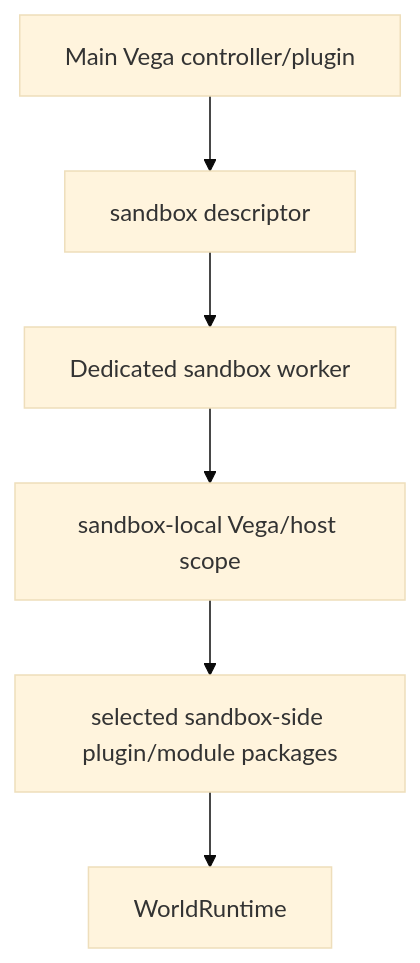
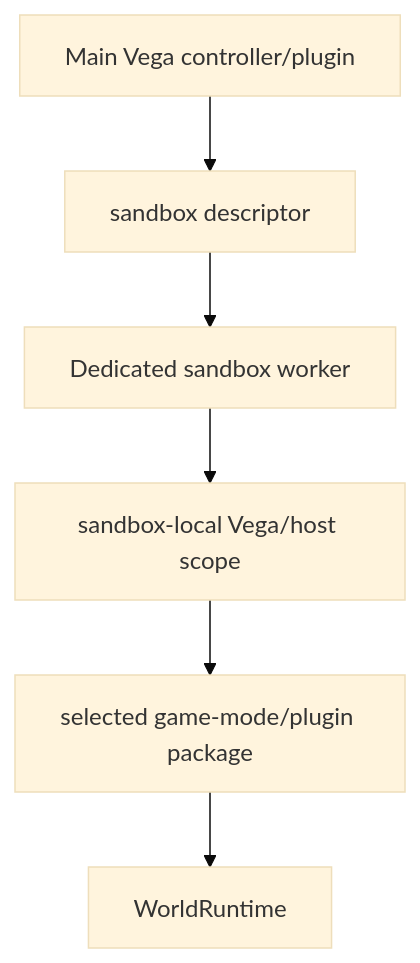
The seventh of 8 diagrams in docs/en/sandbox/vega-integration.md (VegaKernel/TerraRuntime), drawn with Mermaid (base theme) before and after one commit. The commit also changed other lines of this file and 3 other files, not shown here.

````diff
--- a/docs/en/sandbox/vega-integration.md
+++ b/docs/en/sandbox/vega-integration.md
@@ -64,8 +117,8 @@
 ```mermaid
 flowchart TD
     MainPlugin["Main Vega controller/plugin"] --> Create["sandbox descriptor"]
     Create --> Worker["Dedicated sandbox worker"]
     Worker --> LocalHost["sandbox-local Vega/host scope"]
-    LocalHost --> Selected["selected sandbox-side plugin/module packages"]
+    LocalHost --> Selected["selected game-mode/plugin package"]
     Selected --> Runtime["WorldRuntime"]
 ```
````
